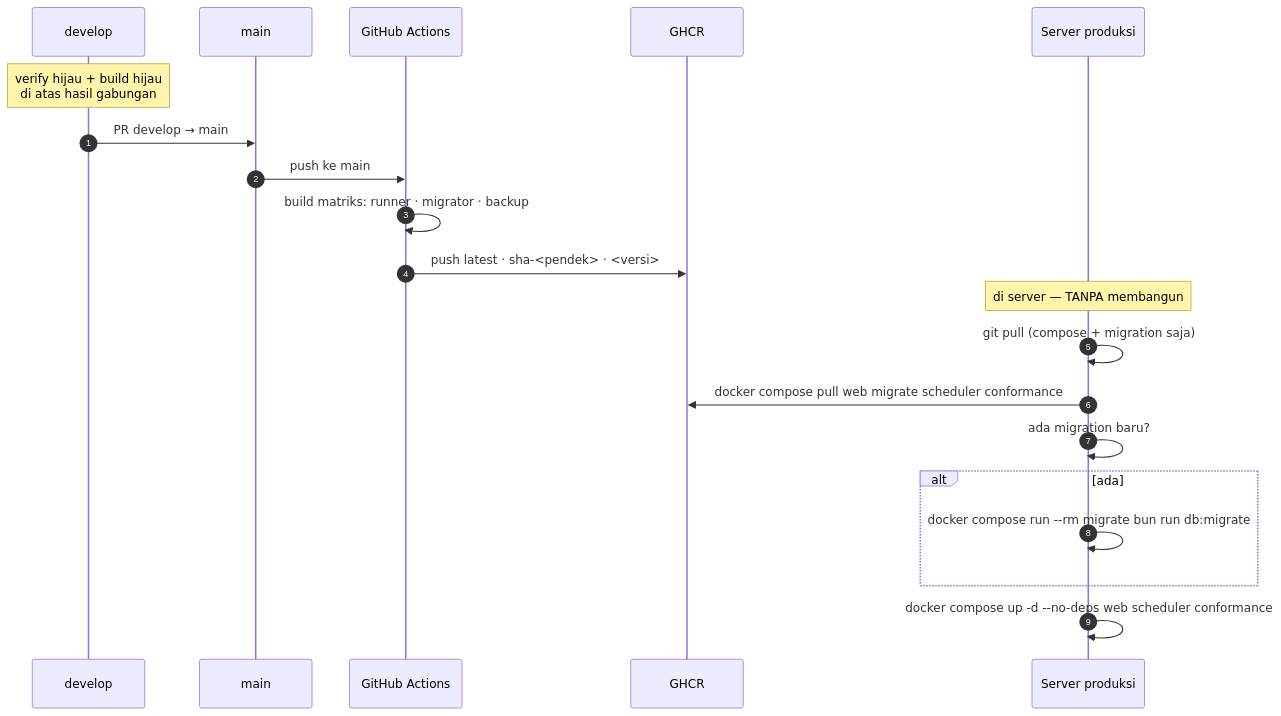
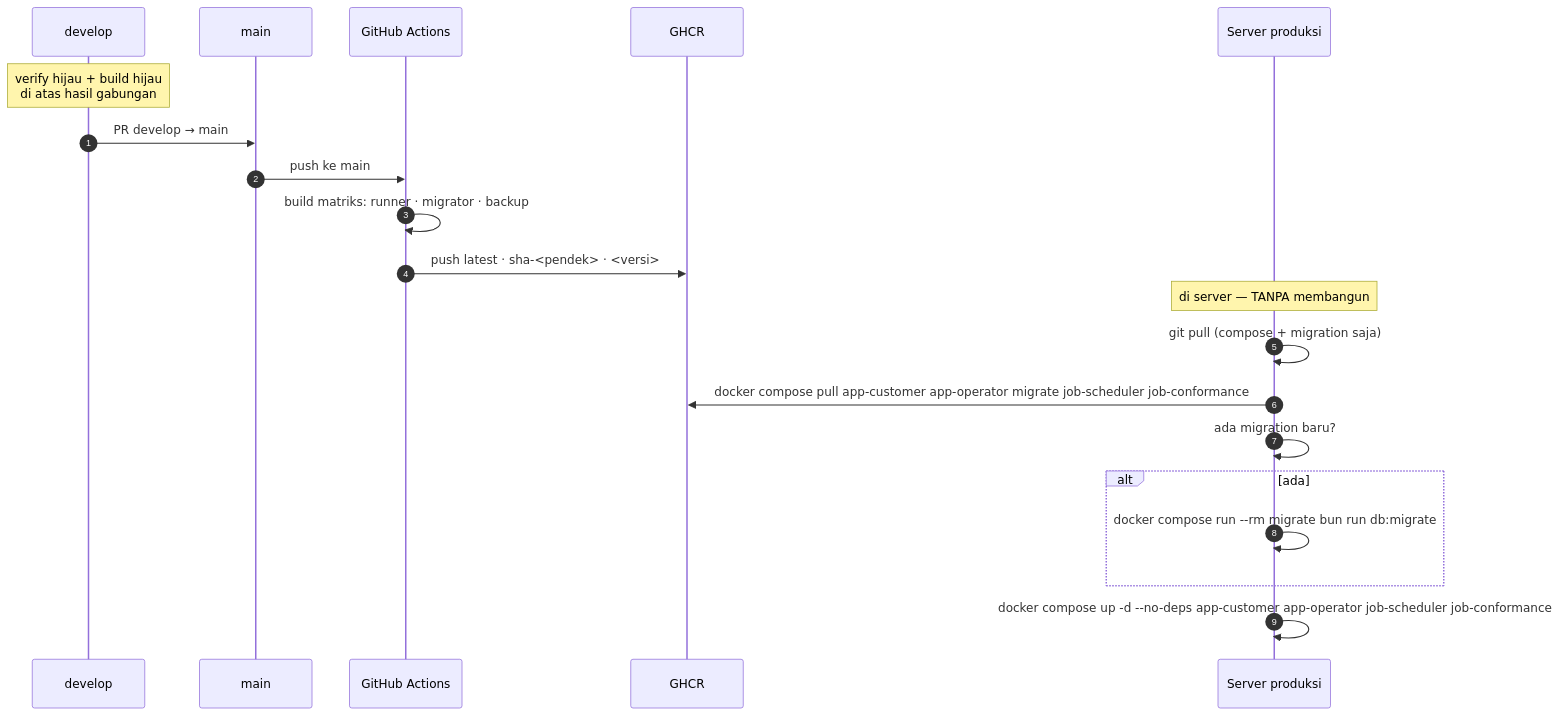
The fourth of 5 diagrams in docs/arsitektur/07-INFRASTRUKTUR-DEPLOY.md (tri-evendi/sai-accounting), drawn with Mermaid before and after one commit. The commit also changed other lines of this file and 18 other files, not shown here.

````diff
--- a/docs/arsitektur/07-INFRASTRUKTUR-DEPLOY.md
+++ b/docs/arsitektur/07-INFRASTRUKTUR-DEPLOY.md
@@ -218,24 +230,24 @@
 ```mermaid
 sequenceDiagram
     autonumber
     participant D as develop
     participant M as main
     participant CI as GitHub Actions
     participant R as GHCR
     participant S as Server produksi
 
     Note over D: verify hijau + build hijau<br/>di atas hasil gabungan
     D->>M: PR develop → main
     M->>CI: push ke main
     CI->>CI: build matriks: runner · migrator · backup
     CI->>R: push latest · sha-<pendek> · <versi>
 
     Note over S: di server — TANPA membangun
     S->>S: git pull (compose + migration saja)
-    S->>R: docker compose pull web migrate scheduler conformance
+    S->>R: docker compose pull app-customer app-operator migrate job-scheduler job-conformance
     S->>S: ada migration baru?
     alt ada
         S->>S: docker compose run --rm migrate bun run db:migrate
     end
-    S->>S: docker compose up -d --no-deps web scheduler conformance
+    S->>S: docker compose up -d --no-deps app-customer app-operator job-scheduler job-conformance
 ```
````
